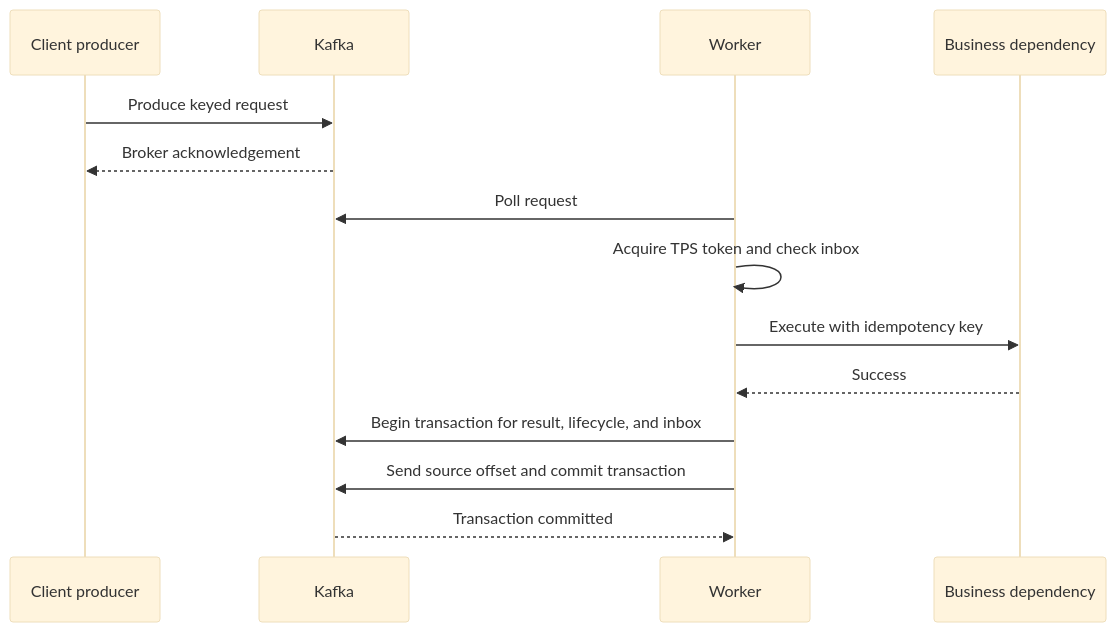
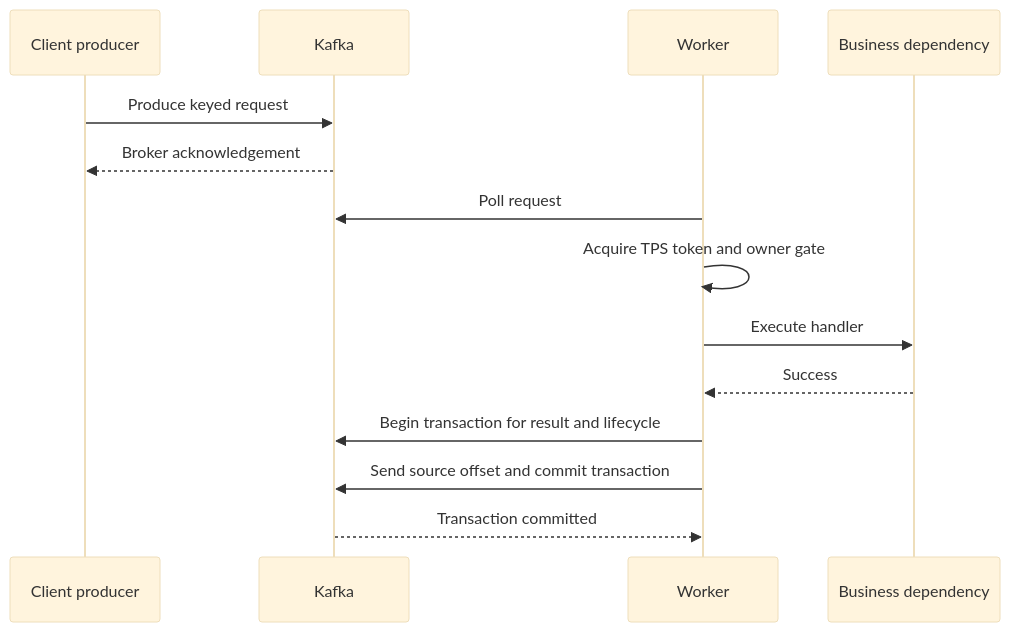
Before and after one commit to spakai/job_scheduling_simulation: the fourth of 7 diagrams in specs/006-kafka-pull-job-scheduler/arc42.md, drawn with Mermaid (base theme). The commit also changed other lines of this file and 2 other files, not shown here.

````diff
--- a/specs/006-kafka-pull-job-scheduler/arc42.md
+++ b/specs/006-kafka-pull-job-scheduler/arc42.md
@@ -215,17 +210,17 @@
 ```mermaid
 sequenceDiagram
     participant C as Client producer
     participant K as Kafka
     participant W as Worker
     participant B as Business dependency
 
     C->>K: Produce keyed request
     K-->>C: Broker acknowledgement
     W->>K: Poll request
-    W->>W: Acquire TPS token and check inbox
-    W->>B: Execute with idempotency key
+    W->>W: Acquire TPS token and owner gate
+    W->>B: Execute handler
     B-->>W: Success
-    W->>K: Begin transaction for result, lifecycle, and inbox
+    W->>K: Begin transaction for result and lifecycle
     W->>K: Send source offset and commit transaction
     K-->>W: Transaction committed
 ```
````
